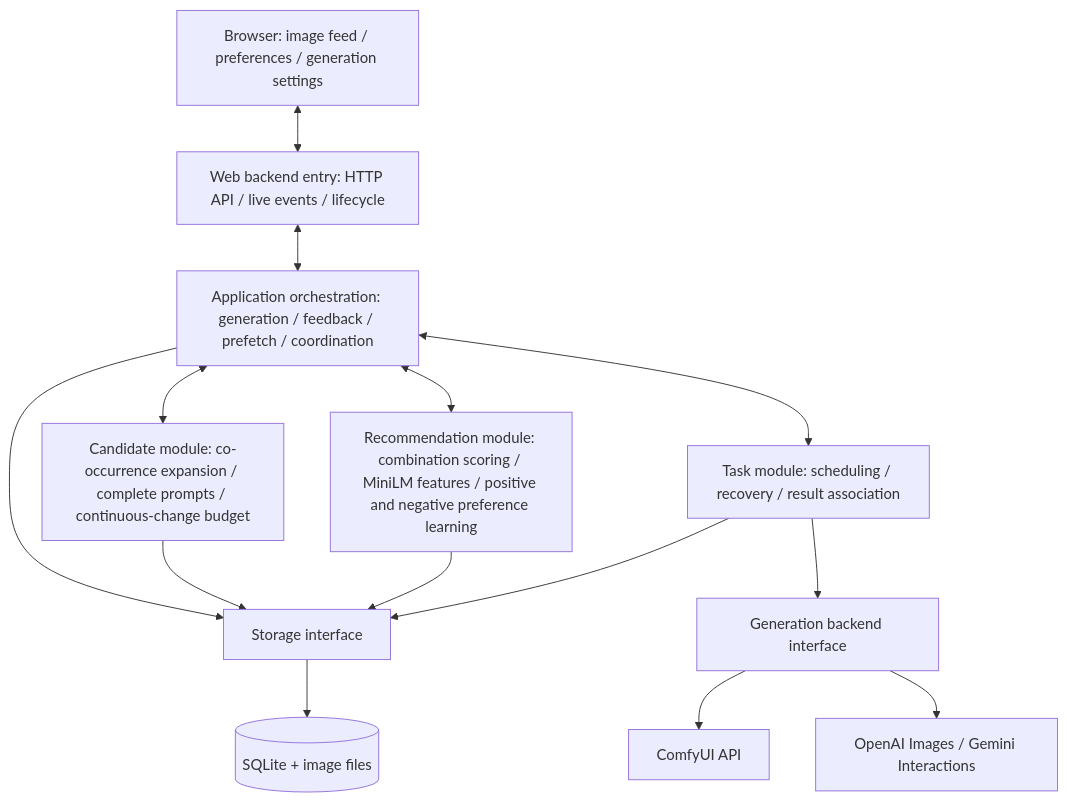
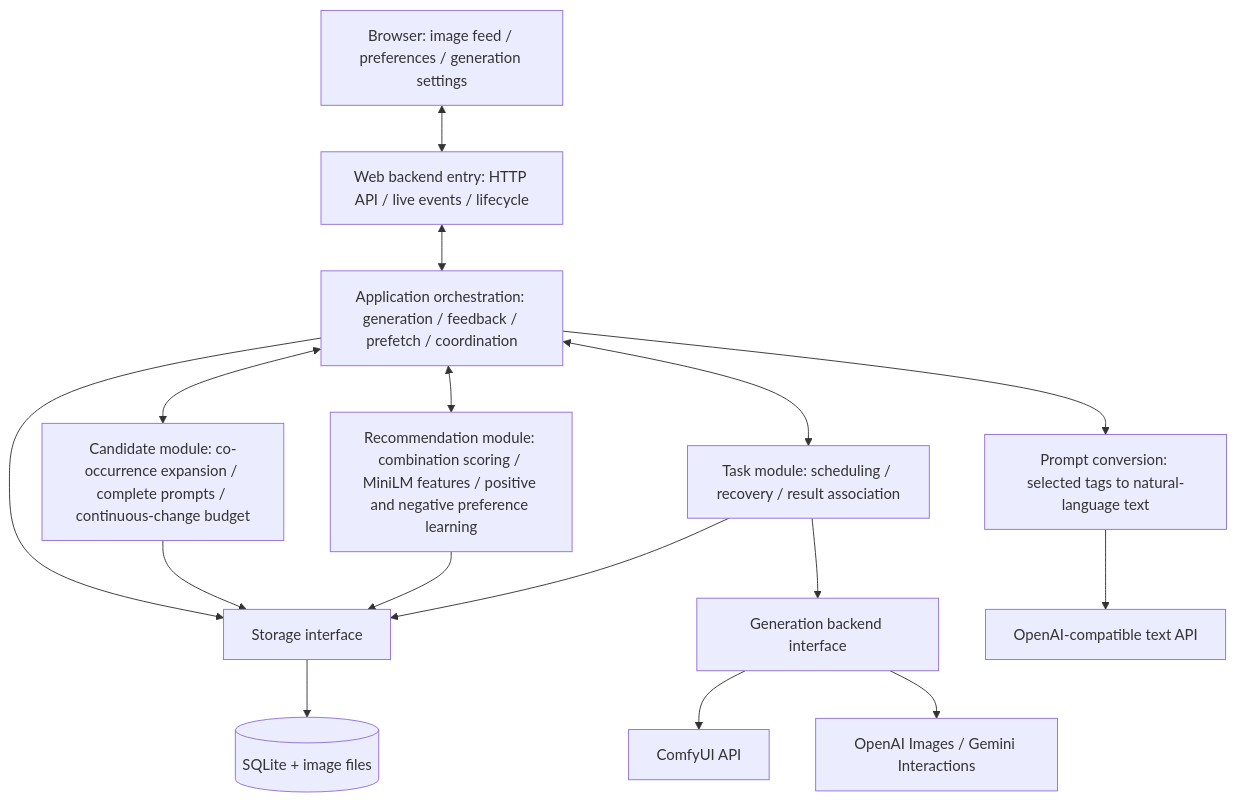
Before and after one commit to Lykr/pictide: the diagram in docs/dev/architecture.md, drawn with Mermaid. The commit also changed other lines of this file and 46 other files, not shown here.

First line of the commit message:
feat: add natural-language image prompt preparation

````diff
--- a/docs/dev/architecture.md
+++ b/docs/dev/architecture.md
@@ -13,28 +13,30 @@
 ```mermaid
 flowchart TD
     UI["Browser: image feed / preferences / generation settings"]
     Host["Web backend entry: HTTP API / live events / lifecycle"]
     App["Application orchestration: generation / feedback / prefetch / coordination"]
     Rules["Candidate module: co-occurrence expansion / complete prompts / continuous-change budget"]
     Rec["Recommendation module: combination scoring / MiniLM features / positive and negative preference learning"]
     Jobs["Task module: scheduling / recovery / result association"]
     Backend["Generation backend interface"]
     Comfy["ComfyUI API"]
     Cloud["OpenAI Images / Gemini Interactions"]
     Store["Storage interface"]
     DB[("SQLite + image files")]
 
     UI <--> Host
     Host <--> App
     App <--> Rules
     App <--> Rec
+    App --> Prompt["Prompt conversion: selected tags to natural-language text"]
+    Prompt --> LLM["OpenAI-compatible text API"]
     App <--> Jobs
     Jobs --> Backend
     Backend --> Comfy
     Backend --> Cloud
     App --> Store
     Rules --> Store
     Rec --> Store
     Jobs --> Store
     Store --> DB
 ```
````
